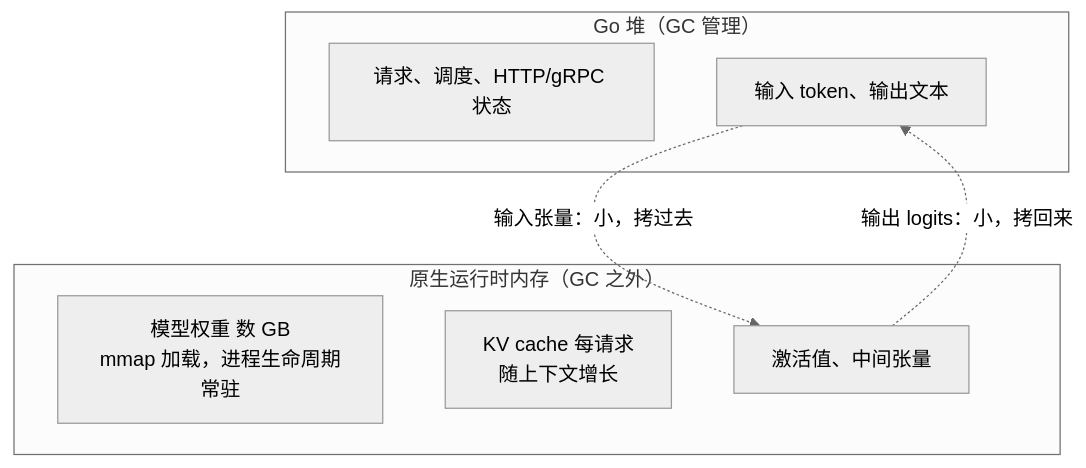
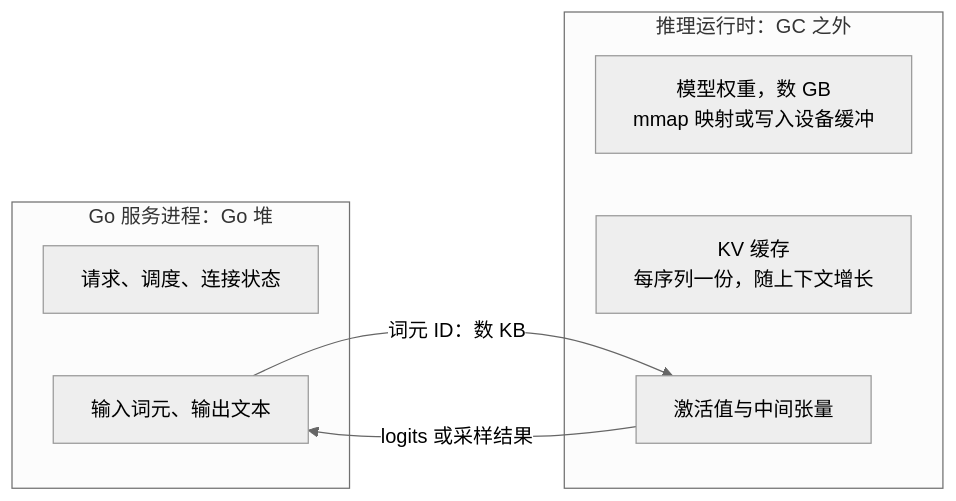
One commit to golang-design/under-the-hood changed the diagram in book/zh-cn/part6hetero/ch20inference/runtime.md. Above: the diagram before and after it, drawn with Mermaid (neutral theme). The commit also changed other lines of this file and 3 other files, not shown here.

````diff
--- a/book/zh-cn/part6hetero/ch20inference/runtime.md
+++ b/book/zh-cn/part6hetero/ch20inference/runtime.md
@@ -50,14 +63,14 @@
 ```mermaid
-flowchart TB
-    subgraph go["Go 堆（GC 管理）"]
-        req["请求、调度、HTTP/gRPC 状态"]
-        tok["输入 token、输出文本"]
+flowchart LR
+    subgraph go["Go 服务进程：Go 堆"]
+        req["请求、调度、连接状态"]
+        tok["输入词元、输出文本"]
     end
-    subgraph native["原生运行时内存（GC 之外）"]
-        weights["模型权重 数 GB<br/>mmap 加载，进程生命周期常驻"]
-        kv["KV cache 每请求<br/>随上下文增长"]
-        act["激活值、中间张量"]
+    subgraph native["推理运行时：GC 之外"]
+        weights["模型权重，数 GB<br/>mmap 映射或写入设备缓冲"]
+        kv["KV 缓存<br/>每序列一份，随上下文增长"]
+        act["激活值与中间张量"]
     end
-    tok -. "输入张量：小，拷过去" .-> act
-    act -. "输出 logits：小，拷回来" .-> tok
+    tok -- "词元 ID：数 KB" --> act
+    act -- "logits 或采样结果" --> tok
 ```
````
